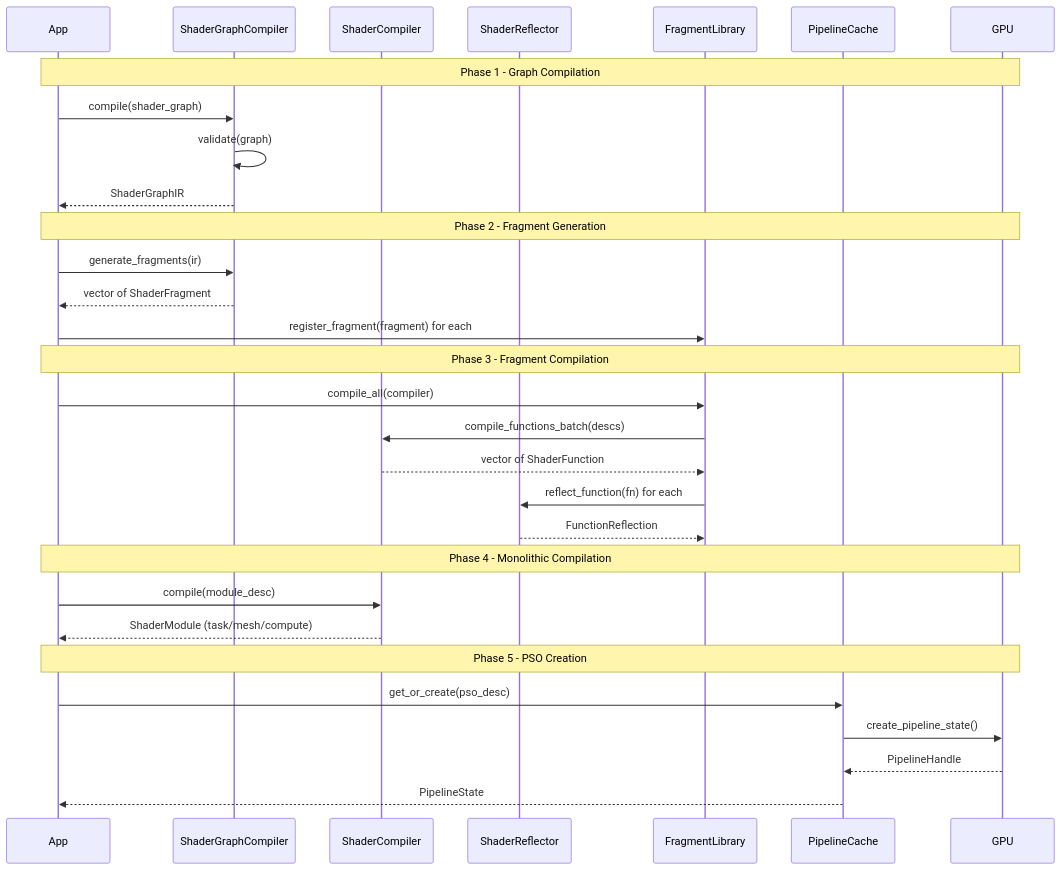
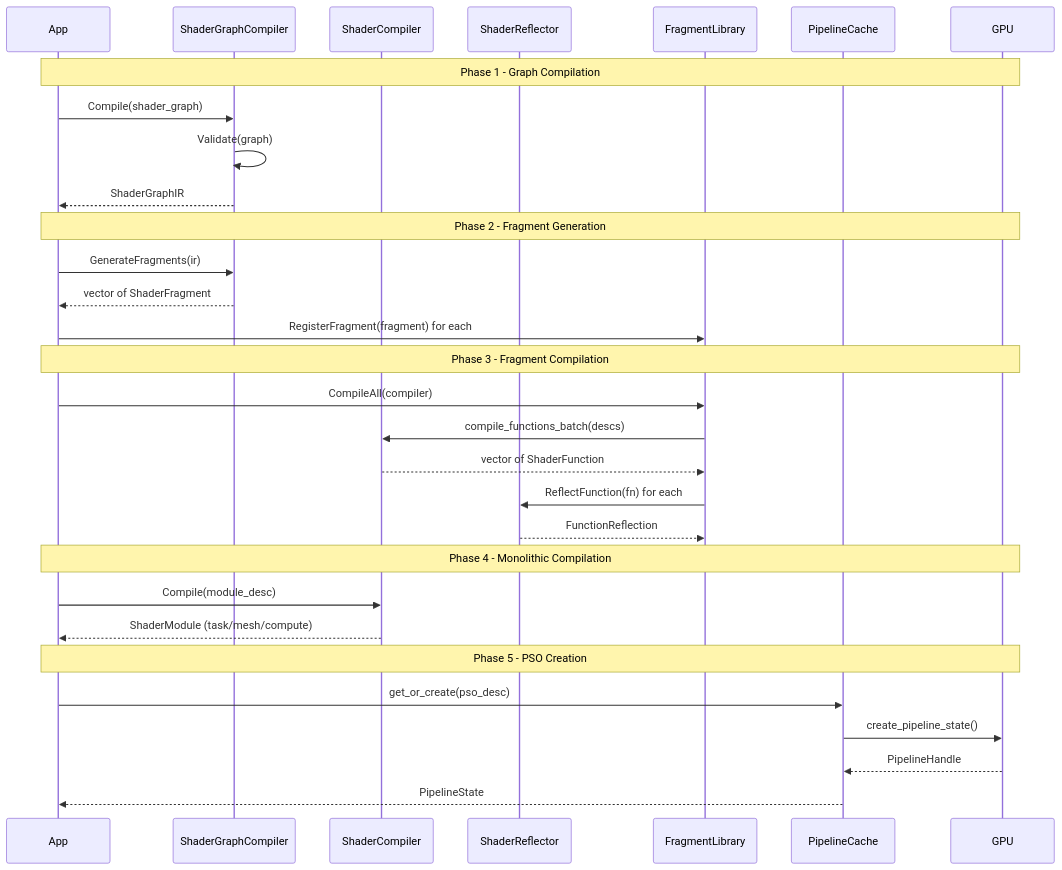
One commit to harmonius-dev/harmonius changed diagram 12 of 16 in docs/design/shader-pipeline-classes.md. Above: the diagram before and after it, drawn with Mermaid. The commit also changed other lines of this file and 67 other files, not shown here.

````diff
--- a/docs/design/shader-pipeline-classes.md
+++ b/docs/design/shader-pipeline-classes.md
@@ -668,37 +668,37 @@
 ```mermaid
 sequenceDiagram
     participant App
     participant SGC as ShaderGraphCompiler
     participant SC as ShaderCompiler
     participant SR as ShaderReflector
     participant FL as FragmentLibrary
     participant Cache as PipelineCache
     participant GPU
 
     Note over App,GPU: Phase 1 - Graph Compilation
-    App->>SGC: compile(shader_graph)
-    SGC->>SGC: validate(graph)
+    App->>SGC: Compile(shader_graph)
+    SGC->>SGC: Validate(graph)
     SGC-->>App: ShaderGraphIR
 
     Note over App,GPU: Phase 2 - Fragment Generation
-    App->>SGC: generate_fragments(ir)
+    App->>SGC: GenerateFragments(ir)
     SGC-->>App: vector of ShaderFragment
-    App->>FL: register_fragment(fragment) for each
+    App->>FL: RegisterFragment(fragment) for each
 
     Note over App,GPU: Phase 3 - Fragment Compilation
-    App->>FL: compile_all(compiler)
+    App->>FL: CompileAll(compiler)
     FL->>SC: compile_functions_batch(descs)
     SC-->>FL: vector of ShaderFunction
-    FL->>SR: reflect_function(fn) for each
+    FL->>SR: ReflectFunction(fn) for each
     SR-->>FL: FunctionReflection
 
     Note over App,GPU: Phase 4 - Monolithic Compilation
-    App->>SC: compile(module_desc)
+    App->>SC: Compile(module_desc)
     SC-->>App: ShaderModule (task/mesh/compute)
 
     Note over App,GPU: Phase 5 - PSO Creation
     App->>Cache: get_or_create(pso_desc)
     Cache->>GPU: create_pipeline_state()
     GPU-->>Cache: PipelineHandle
     Cache-->>App: PipelineState
 ```
````
